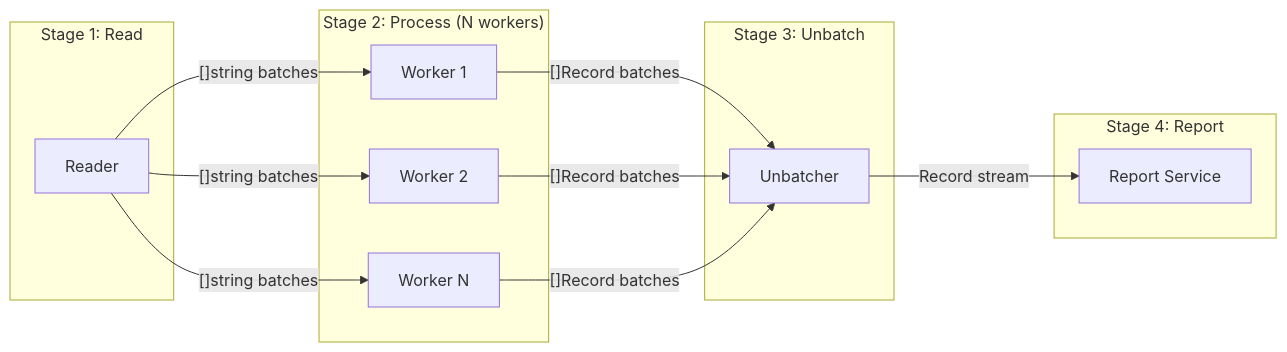
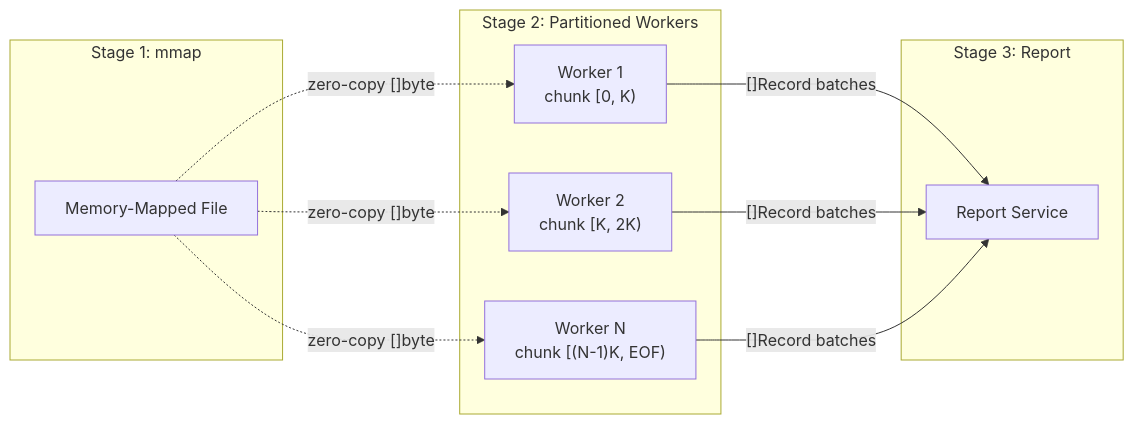
Before and after one commit to roma-glushko/tango: the diagram in README.md, drawn with Mermaid. The commit also changed other lines of this file and 18 other files, not shown here.

Commit message:
#45: Operates on []bytes instead of strings & mmap file into memory instead of read()-ing & batching processed records for report service

````diff
--- a/README.md
+++ b/README.md
@@ -163,30 +163,24 @@
 ```mermaid
 graph LR
-    subgraph "Stage 1: Read"
-        R[Reader]
+    subgraph "Stage 1: mmap"
+        M[Memory-Mapped File]
     end
 
-    subgraph "Stage 2: Process (N workers)"
-        W1[Worker 1]
-        W2[Worker 2]
-        Wn[Worker N]
+    subgraph "Stage 2: Partitioned Workers"
+        W1["Worker 1<br/>chunk [0, K)"]
+        W2["Worker 2<br/>chunk [K, 2K)"]
+        Wn["Worker N<br/>chunk [(N-1)K, EOF)"]
     end
 
-    subgraph "Stage 3: Unbatch"
-        U[Unbatcher]
-    end
-
-    subgraph "Stage 4: Report"
+    subgraph "Stage 3: Report"
         A[Report Service]
     end
 
-    R -- "[]string batches" --> W1
-    R -- "[]string batches" --> W2
-    R -- "[]string batches" --> Wn
+    M -. "zero-copy []byte" .-> W1
+    M -. "zero-copy []byte" .-> W2
+    M -. "zero-copy []byte" .-> Wn
 
-    W1 -- "[]Record batches" --> U
-    W2 -- "[]Record batches" --> U
-    Wn -- "[]Record batches" --> U
-
-    U -- "Record stream" --> A
+    W1 -- "[]Record batches" --> A
+    W2 -- "[]Record batches" --> A
+    Wn -- "[]Record batches" --> A
 ```
````
